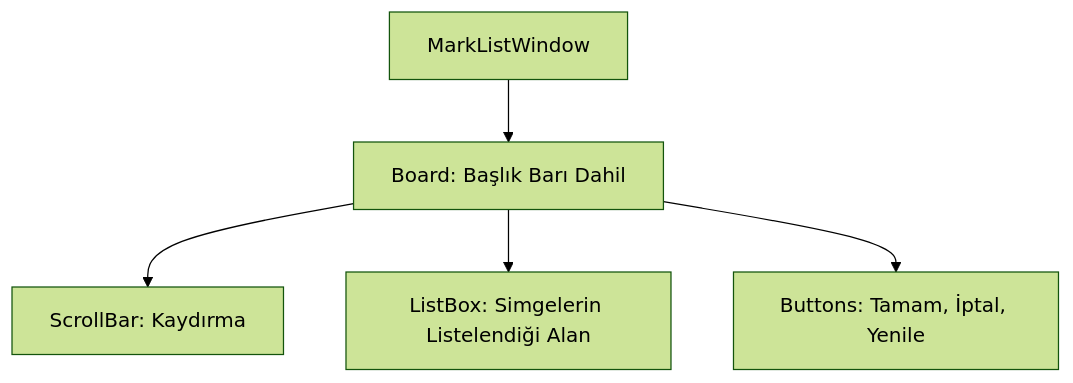
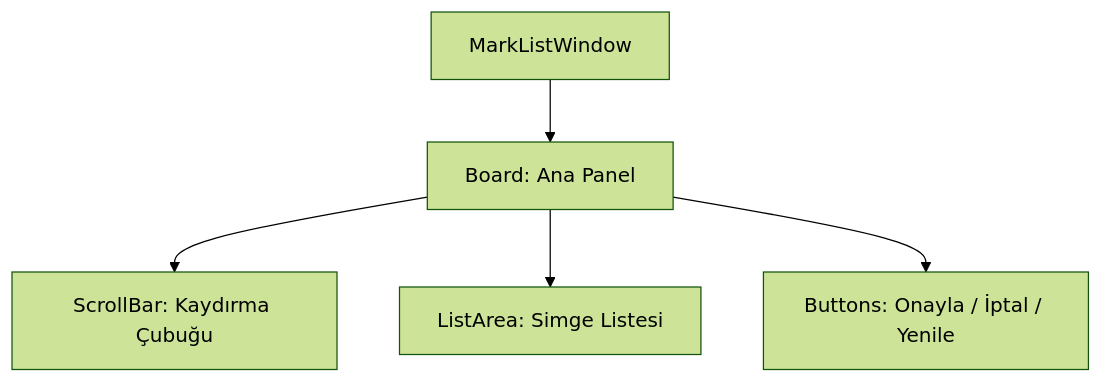
Before and after one commit to Engin622/Metin2-Pack-Agent-Skills: the diagram in uiscript/marklistwindow/skills.md, drawn with Mermaid (forest theme). The commit also changed other lines of this file and 65 other files, not shown here.

````diff
--- a/uiscript/marklistwindow/skills.md
+++ b/uiscript/marklistwindow/skills.md
@@ -31,7 +25,7 @@
 ```mermaid
 graph TD
-    A[MarkListWindow] --> B[Board: Başlık Barı Dahil]
-    B --> C[ScrollBar: Kaydırma]
-    B --> D[ListBox: Simgelerin Listelendiği Alan]
-    B --> E[Buttons: Tamam, İptal, Yenile]
+    A[MarkListWindow] --> B[Board: Ana Panel]
+    B --> C[ScrollBar: Kaydırma Çubuğu]
+    B --> D[ListArea: Simge Listesi]
+    B --> E[Buttons: Onayla / İptal / Yenile]
 ```
````
